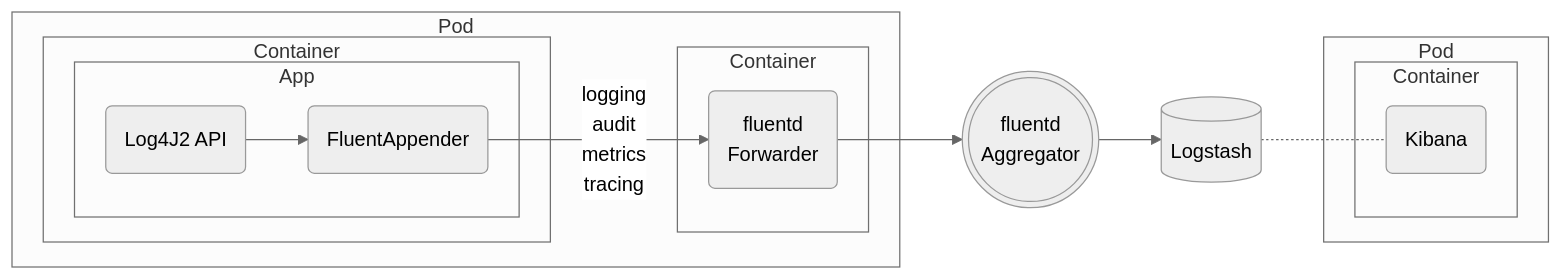
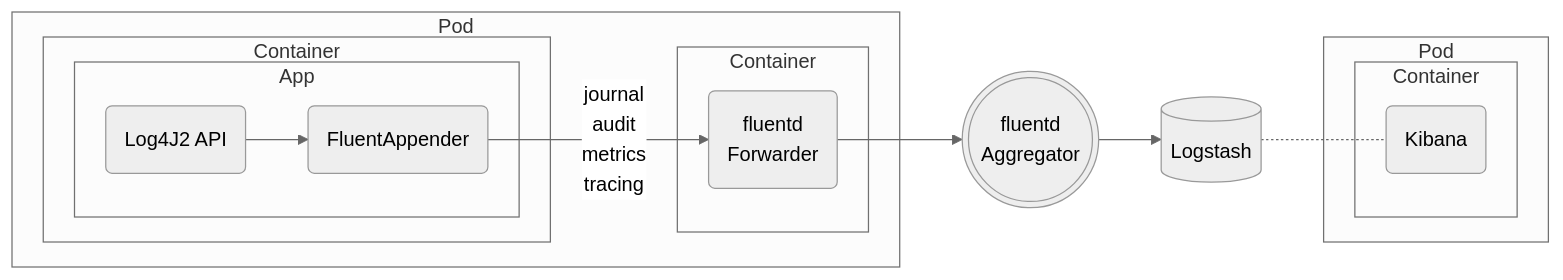
One commit to t-ibm/didymus changed the diagram in app/src/doc/templates/elkStackTest.mmd. Above: the diagram before and after it, drawn with Mermaid (neutral theme). The commit also changed 1 other file, not shown here.

Commit message:
Renaming 'logging' to  'journal'

```diff
--- a/app/src/doc/templates/elkStackTest.mmd
+++ b/app/src/doc/templates/elkStackTest.mmd
@@ -1,19 +1,19 @@
 flowchart LR
   subgraph P1[Pod]
     subgraph C11[Container]
       subgraph B1[App]
         I1(Log4J2 API) --> A1(FluentAppender)
       end
     end
     subgraph C12[Container]
-      A1 --> |logging<br/>audit<br/>metrics<br/>tracing| F1(fluentd<br/>Forwarder)
+      A1 --> |journal<br/>audit<br/>metrics<br/>tracing| F1(fluentd<br/>Forwarder)
     end
   end
   F1 --> L(((fluentd<br/>Aggregator)))
   L --> E1[(Logstash)]
   subgraph P4[Pod]
     subgraph C4[Container]
       K4(Kibana)
     end
   end
   E1 -.- K4
```
